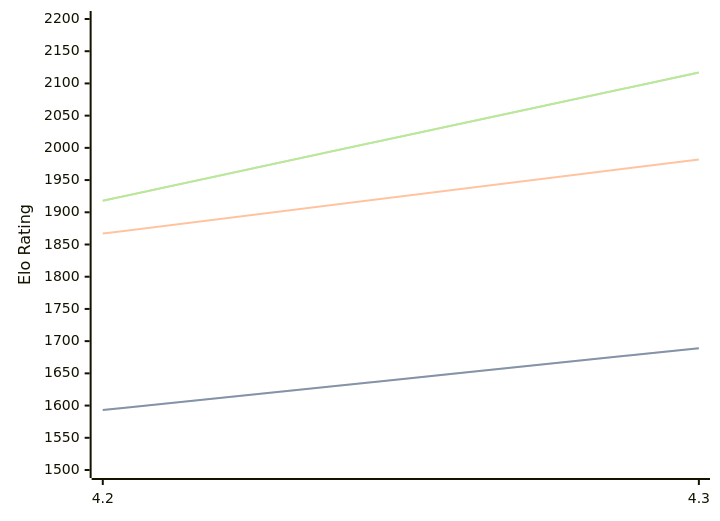
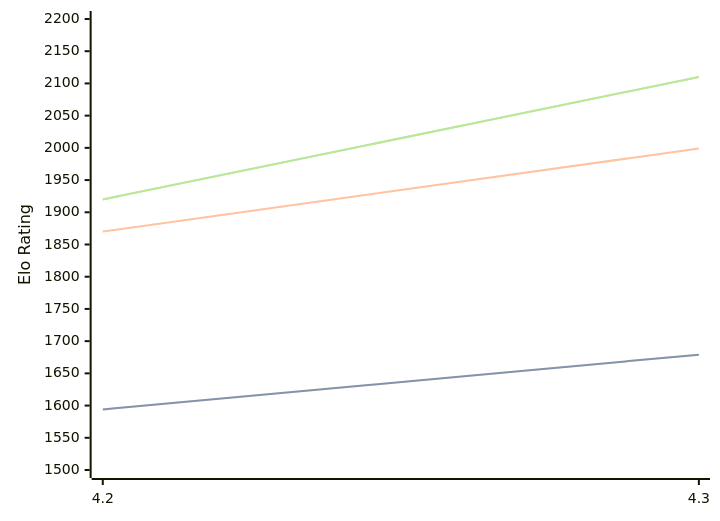
One commit to computer-chess-index/cci changed the diagram in engines/Radiance.md. Above: the diagram before and after it, drawn with Mermaid. The commit also changed other lines of this file, not shown here.

Commit message:
Update CCI Ratings (ELO VLTC) - 2026-03-29

````diff
--- a/engines/Radiance.md
+++ b/engines/Radiance.md
@@ -35,11 +35,11 @@
 ```mermaid
 %%{init: {"theme":"base","themeVariables":{"seriesColors:['#a3a3a3','#222221','#faa371']}}}%%
 xychart-beta
   x-axis ["4.2", "4.3"]
   y-axis "Elo Rating" 1500 --> 2200
-  line "STC (8.0+0.08s)" [1593, 1689]
-  line "STC (8.0+0.08s)" [1593, 1689]
-  line "LTC (60.0+0.60s)" [1867, 1982]
-  line "VLTC (2m24s+1.12s)" [1918, 2117]
-  line "VLTC (2m24s+1.12s)" [1918, 2117]
+  line "STC (8.0+0.08s)" [1594, 1679]
+  line "STC (8.0+0.08s)" [1594, 1679]
+  line "LTC (60.0+0.60s)" [1870, 1999]
+  line "VLTC (2m24s+1.12s)" [1920, 2110]
+  line "VLTC (2m24s+1.12s)" [1920, 2110]
 ```
````
